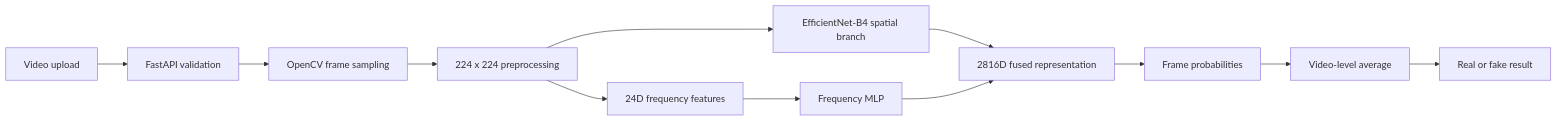
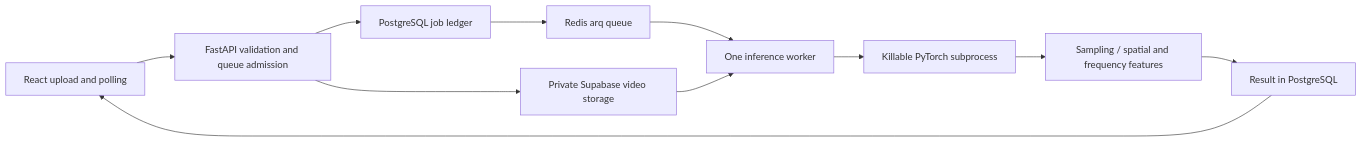
One commit to thestonedape/deepfake-video-detection changed the first of 2 diagrams in README.md. Above: the diagram before and after it, drawn with Mermaid. The commit also changed other lines of this file and 13 other files, not shown here.

````diff
--- a/README.md
+++ b/README.md
@@ -37,14 +38,13 @@
 ```mermaid
 flowchart LR
-    A[Video upload] --> B[FastAPI validation]
-    B --> C[OpenCV frame sampling]
-    C --> D[224 x 224 preprocessing]
-    D --> E[EfficientNet-B4 spatial branch]
-    D --> F[24D frequency features]
-    F --> G[Frequency MLP]
-    E --> H[2816D fused representation]
-    G --> H
-    H --> I[Frame probabilities]
-    I --> J[Video-level average]
-    J --> K[Real or fake result]
+    A[React upload and polling] --> B[FastAPI validation and queue admission]
+    B --> C[Private Supabase video storage]
+    B --> D[PostgreSQL job ledger]
+    D --> E[Redis arq queue]
+    E --> F[One inference worker]
+    C --> F
+    F --> G[Killable PyTorch subprocess]
+    G --> H[Sampling / spatial and frequency features]
+    H --> I[Result in PostgreSQL]
+    I --> A
 ```
````
